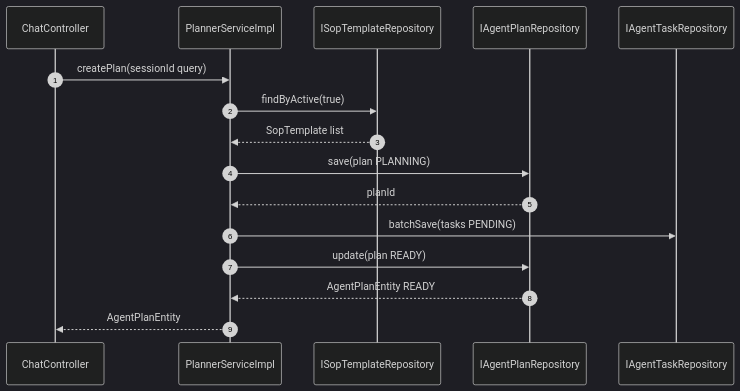
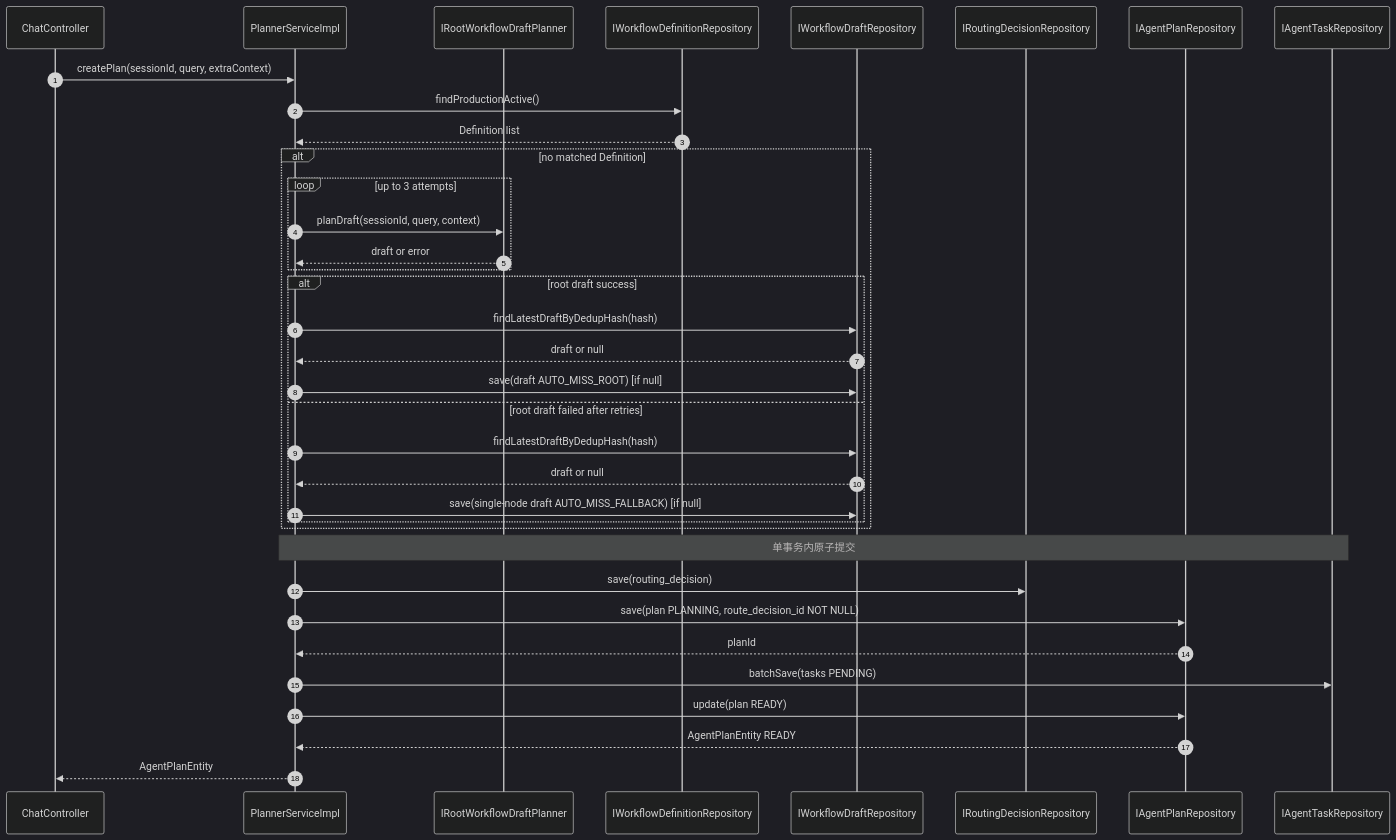
Before and after one commit to letmetocode/agent: the second of 2 diagrams in docs/design/02-plan-generation.md, drawn with Mermaid (dark theme). The commit also changed other lines of this file and 115 other files, not shown here.

````diff
--- a/docs/design/02-plan-generation.md
+++ b/docs/design/02-plan-generation.md
@@ -26,18 +33,38 @@
 ```mermaid
 sequenceDiagram
     autonumber
     participant C as ChatController
     participant P as PlannerServiceImpl
-    participant SR as ISopTemplateRepository
+    participant RP as IRootWorkflowDraftPlanner
+    participant DR as IWorkflowDefinitionRepository
+    participant WR as IWorkflowDraftRepository
+    participant RR as IRoutingDecisionRepository
     participant PR as IAgentPlanRepository
     participant TR as IAgentTaskRepository
-    C->>P: createPlan(sessionId query)
-    P->>SR: findByActive(true)
-    SR-->>P: SopTemplate list
-    P->>PR: save(plan PLANNING)
+    C->>P: createPlan(sessionId, query, extraContext)
+    P->>DR: findProductionActive()
+    DR-->>P: Definition list
+    alt no matched Definition
+        loop up to 3 attempts
+            P->>RP: planDraft(sessionId, query, context)
+            RP-->>P: draft or error
+        end
+        alt root draft success
+            P->>WR: findLatestDraftByDedupHash(hash)
+            WR-->>P: draft or null
+            P->>WR: save(draft AUTO_MISS_ROOT) [if null]
+        else root draft failed after retries
+            P->>WR: findLatestDraftByDedupHash(hash)
+            WR-->>P: draft or null
+            P->>WR: save(single-node draft AUTO_MISS_FALLBACK) [if null]
+        end
+    end
+    Note over P,TR: 单事务内原子提交
+    P->>RR: save(routing_decision)
+    P->>PR: save(plan PLANNING, route_decision_id NOT NULL)
     PR-->>P: planId
     P->>TR: batchSave(tasks PENDING)
     P->>PR: update(plan READY)
     PR-->>P: AgentPlanEntity READY
     P-->>C: AgentPlanEntity
 ```
````
